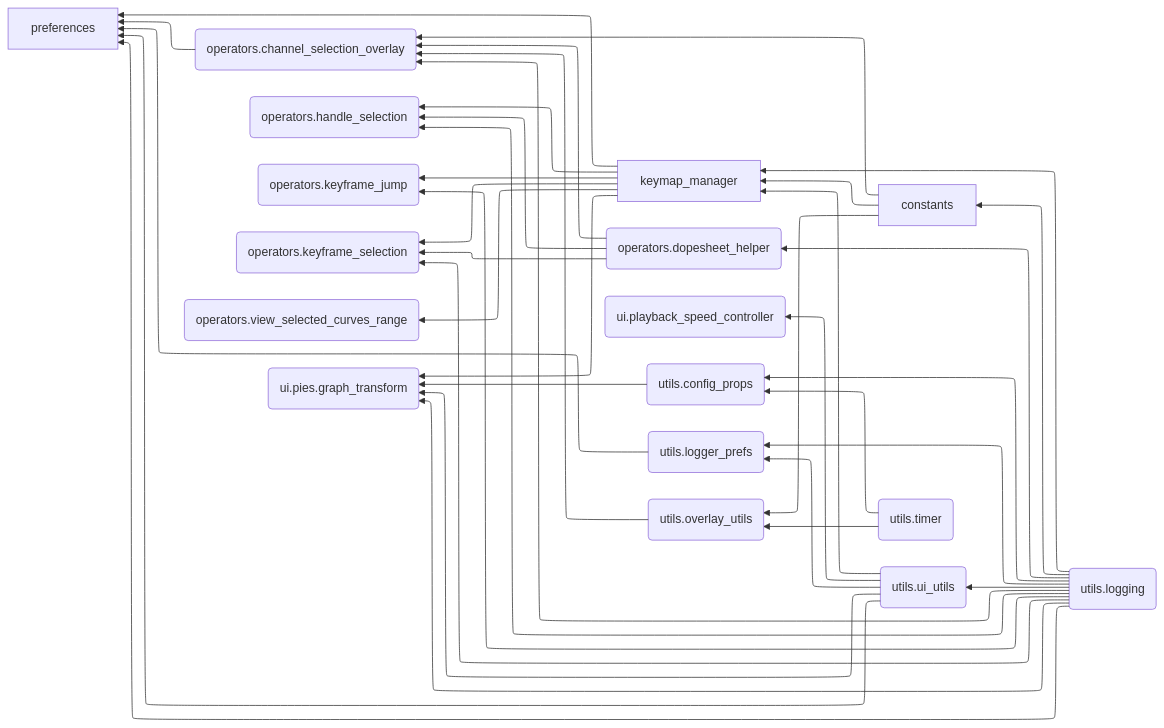
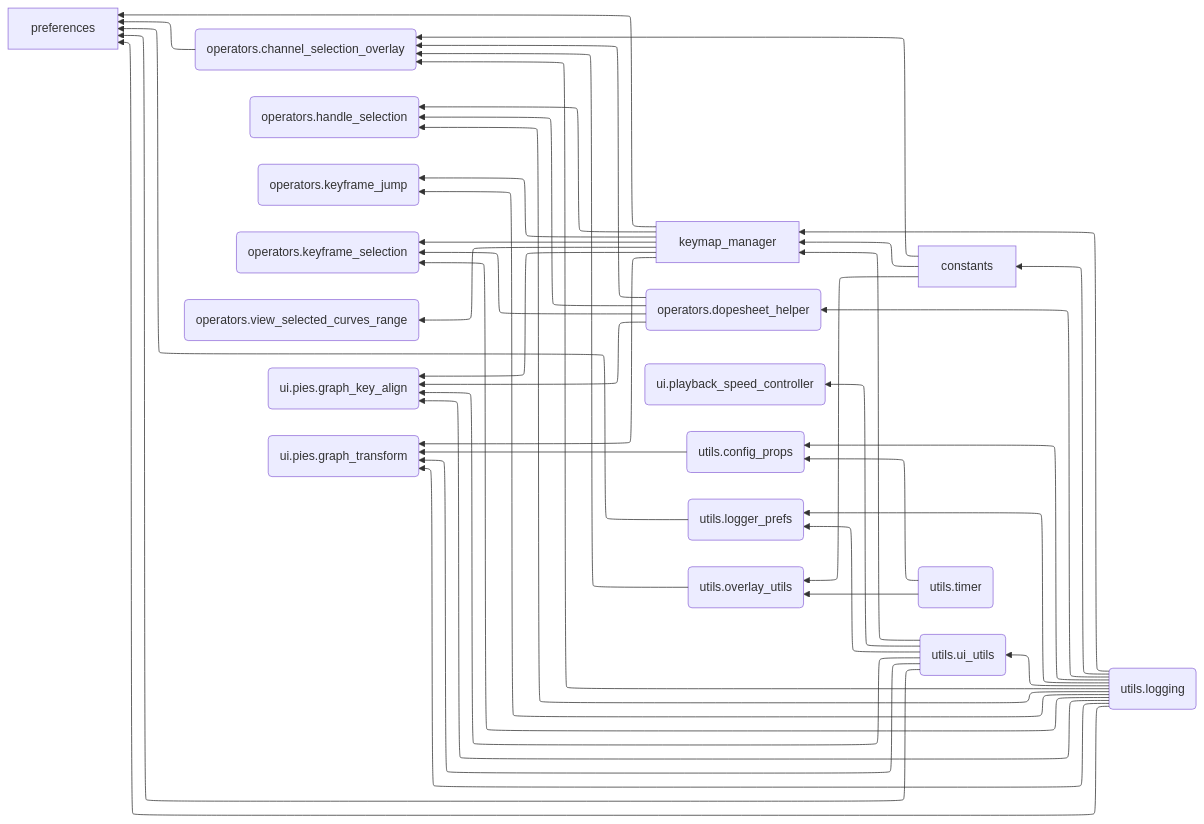
The diagram in docs/debug/module_dependencies.mmd (Pluglug/graph_monkey), drawn with Mermaid before and after one commit. The commit also changed 1 other file, not shown here.

Commit message:
Key Alignの追加

```diff
--- a/docs/debug/module_dependencies.mmd
+++ b/docs/debug/module_dependencies.mmd
@@ -1,60 +1,65 @@
 ---
 config:
   theme: mc
   layout: elk
   flowchart:
     curve: basis
 ---
 flowchart RL
     constants[constants]
     keymap_manager[keymap_manager]
     operators_channel_selection_overlay(operators.channel_selection_overlay)
     operators_dopesheet_helper(operators.dopesheet_helper)
     operators_handle_selection(operators.handle_selection)
     operators_keyframe_jump(operators.keyframe_jump)
     operators_keyframe_selection(operators.keyframe_selection)
     operators_view_selected_curves_range(operators.view_selected_curves_range)
     preferences[preferences]
+    ui_pies_graph_key_align(ui.pies.graph_key_align)
     ui_pies_graph_transform(ui.pies.graph_transform)
     ui_playback_speed_controller(ui.playback_speed_controller)
     utils_config_props(utils.config_props)
     utils_logger_prefs(utils.logger_prefs)
     utils_logging(utils.logging)
     utils_overlay_utils(utils.overlay_utils)
     utils_timer(utils.timer)
     utils_ui_utils(utils.ui_utils)
     constants --> keymap_manager
     constants --> operators_channel_selection_overlay
     constants --> utils_overlay_utils
     keymap_manager --> operators_handle_selection
     keymap_manager --> operators_keyframe_jump
     keymap_manager --> operators_keyframe_selection
     keymap_manager --> operators_view_selected_curves_range
     keymap_manager --> preferences
+    keymap_manager --> ui_pies_graph_key_align
     keymap_manager --> ui_pies_graph_transform
     operators_channel_selection_overlay --> preferences
     operators_dopesheet_helper --> operators_channel_selection_overlay
     operators_dopesheet_helper --> operators_handle_selection
     operators_dopesheet_helper --> operators_keyframe_selection
+    operators_dopesheet_helper --> ui_pies_graph_key_align
     utils_config_props --> ui_pies_graph_transform
     utils_logger_prefs --> preferences
     utils_logging --> constants
     utils_logging --> keymap_manager
     utils_logging --> operators_channel_selection_overlay
     utils_logging --> operators_dopesheet_helper
     utils_logging --> operators_handle_selection
     utils_logging --> operators_keyframe_jump
     utils_logging --> operators_keyframe_selection
     utils_logging --> preferences
+    utils_logging --> ui_pies_graph_key_align
     utils_logging --> ui_pies_graph_transform
     utils_logging --> utils_config_props
     utils_logging --> utils_logger_prefs
     utils_logging --> utils_ui_utils
     utils_overlay_utils --> operators_channel_selection_overlay
     utils_timer --> utils_config_props
     utils_timer --> utils_overlay_utils
     utils_ui_utils --> keymap_manager
     utils_ui_utils --> preferences
+    utils_ui_utils --> ui_pies_graph_key_align
     utils_ui_utils --> ui_pies_graph_transform
     utils_ui_utils --> ui_playback_speed_controller
     utils_ui_utils --> utils_logger_prefs
```
